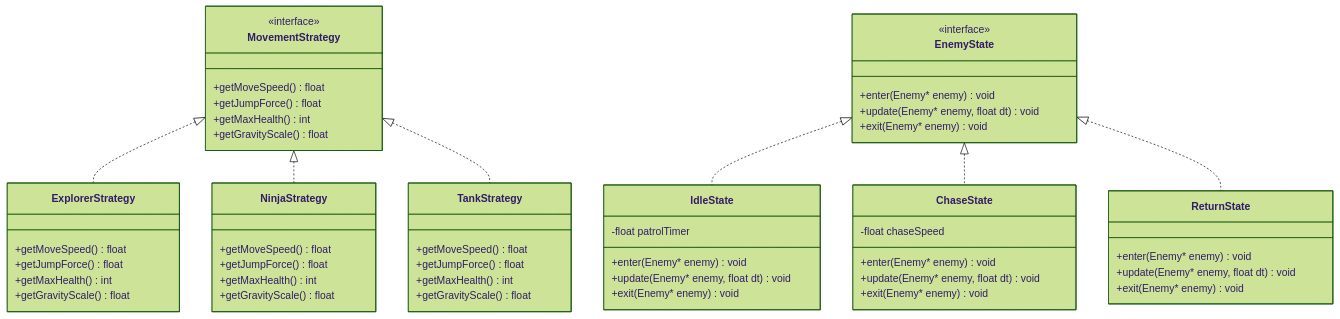
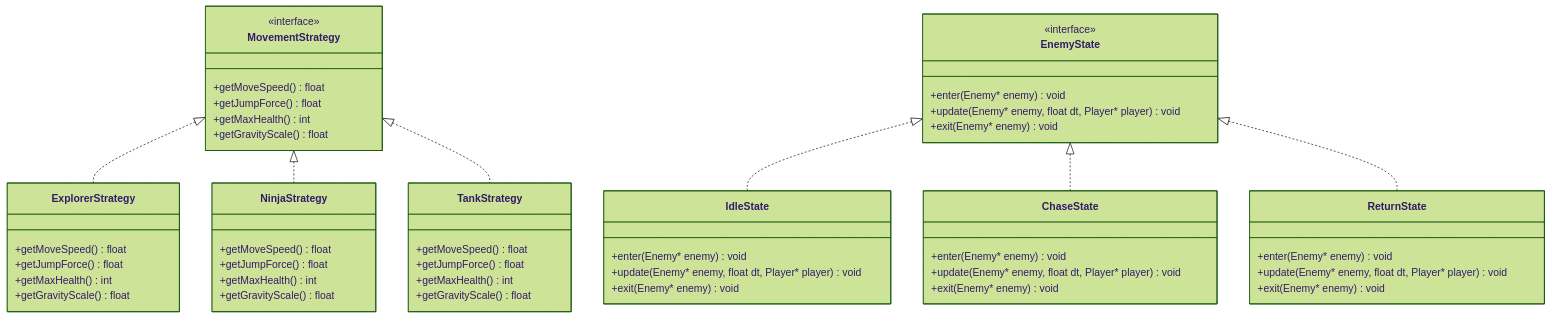
One commit to Gasmask-Chan/CS202-Cavern-Descent changed the third of 13 diagrams in project_plan.md. Above: the diagram before and after it, drawn with Mermaid (forest theme). The commit also changed other lines of this file, not shown here.

Commit message:
docs: synchronize all class diagrams and structures with source code in project_plan.md

````diff
--- a/project_plan.md
+++ b/project_plan.md
@@ -736,66 +810,64 @@
 ```mermaid
 classDiagram
     class MovementStrategy {
         <<interface>>
         +getMoveSpeed() float
         +getJumpForce() float
         +getMaxHealth() int
         +getGravityScale() float
     }
 
     class ExplorerStrategy {
         +getMoveSpeed() float
         +getJumpForce() float
         +getMaxHealth() int
         +getGravityScale() float
     }
 
     class NinjaStrategy {
         +getMoveSpeed() float
         +getJumpForce() float
         +getMaxHealth() int
         +getGravityScale() float
     }
 
     class TankStrategy {
         +getMoveSpeed() float
         +getJumpForce() float
         +getMaxHealth() int
         +getGravityScale() float
     }
 
     MovementStrategy <|.. ExplorerStrategy
     MovementStrategy <|.. NinjaStrategy
     MovementStrategy <|.. TankStrategy
 
     class EnemyState {
         <<interface>>
         +enter(Enemy* enemy) void
-        +update(Enemy* enemy, float dt) void
+        +update(Enemy* enemy, float dt, Player* player) void
         +exit(Enemy* enemy) void
     }
 
     class IdleState {
-        -float patrolTimer
         +enter(Enemy* enemy) void
-        +update(Enemy* enemy, float dt) void
+        +update(Enemy* enemy, float dt, Player* player) void
         +exit(Enemy* enemy) void
     }
 
     class ChaseState {
-        -float chaseSpeed
         +enter(Enemy* enemy) void
-        +update(Enemy* enemy, float dt) void
+        +update(Enemy* enemy, float dt, Player* player) void
         +exit(Enemy* enemy) void
     }
 
     class ReturnState {
         +enter(Enemy* enemy) void
-        +update(Enemy* enemy, float dt) void
+        +update(Enemy* enemy, float dt, Player* player) void
         +exit(Enemy* enemy) void
     }
 
     EnemyState <|.. IdleState
     EnemyState <|.. ChaseState
     EnemyState <|.. ReturnState
 ```
````
